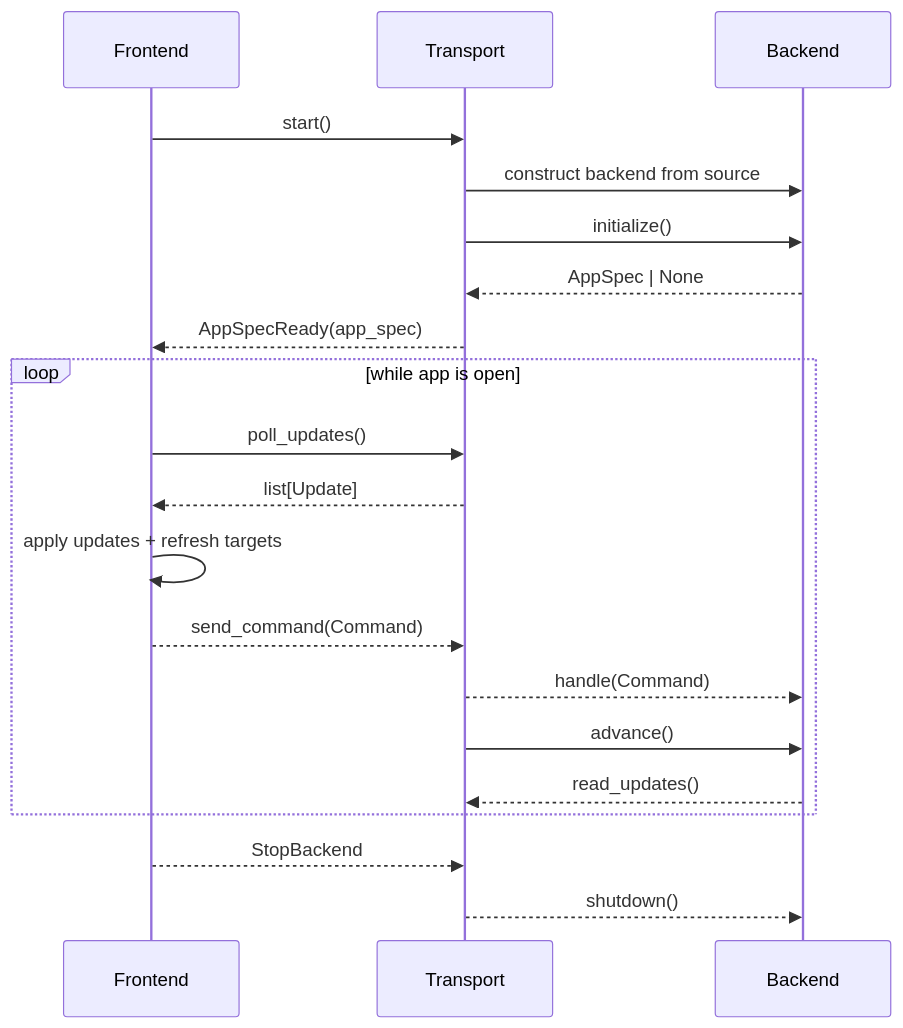
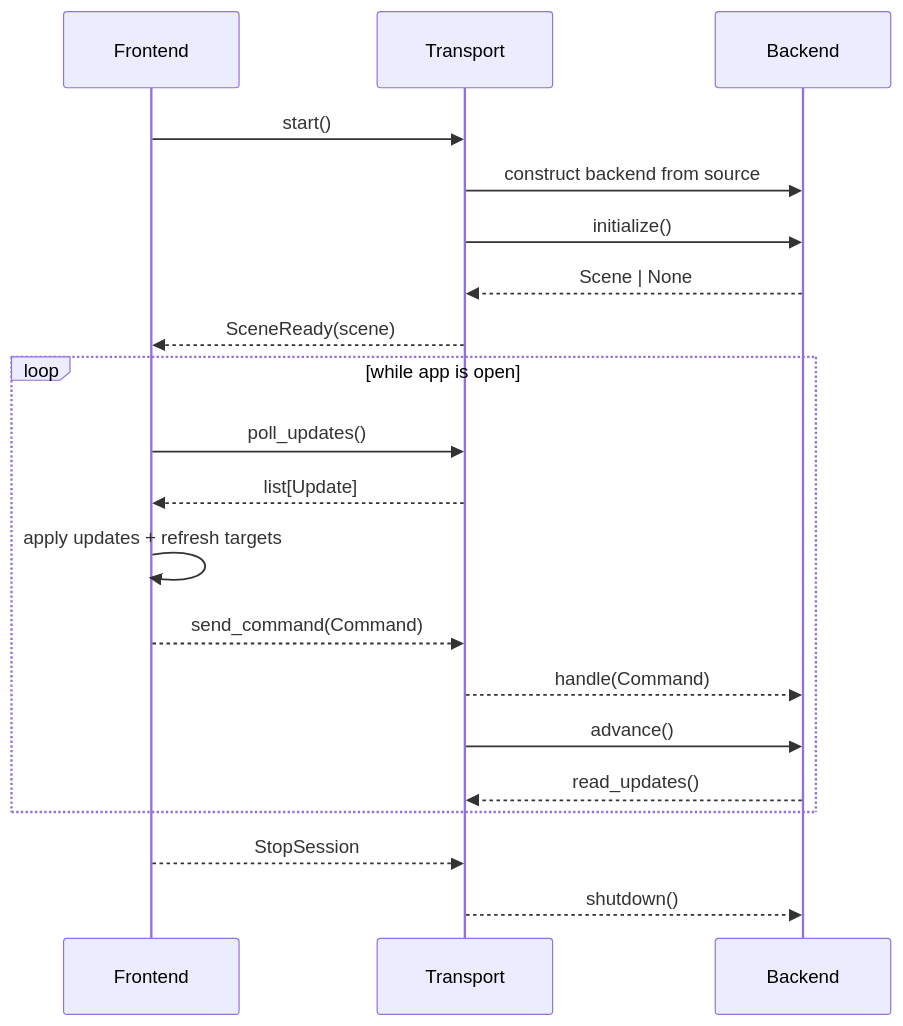
One commit to orrenravid1/CompartmentalNeuronGUI changed the ninth of 19 diagrams in docs/architecture/design/proposals/backend-transport-frontend-proposal.md. Above: the diagram before and after it, drawn with Mermaid. The commit also changed other lines of this file and 6 other files, not shown here.

````diff
--- a/docs/architecture/design/proposals/backend-transport-frontend-proposal.md
+++ b/docs/architecture/design/proposals/backend-transport-frontend-proposal.md
@@ -920,25 +1148,25 @@
 ```mermaid
 sequenceDiagram
     participant F as Frontend
     participant T as Transport
     participant B as Backend
 
     F->>T: start()
     T->>B: construct backend from source
     T->>B: initialize()
-    B-->>T: AppSpec | None
-    T-->>F: AppSpecReady(app_spec)
+    B-->>T: Scene | None
+    T-->>F: SceneReady(scene)
 
     loop while app is open
         F->>T: poll_updates()
         T-->>F: list[Update]
         F->>F: apply updates + refresh targets
         F-->>T: send_command(Command)
         T-->>B: handle(Command)
         T->>B: advance()
         B-->>T: read_updates()
     end
 
-    F-->>T: StopBackend
+    F-->>T: StopSession
     T-->>B: shutdown()
 ```
````
